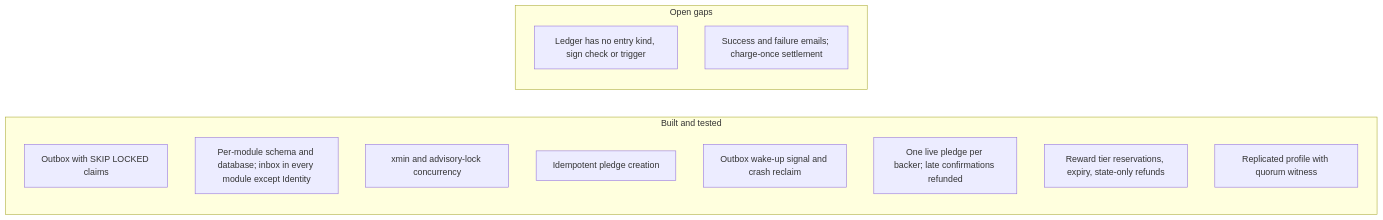
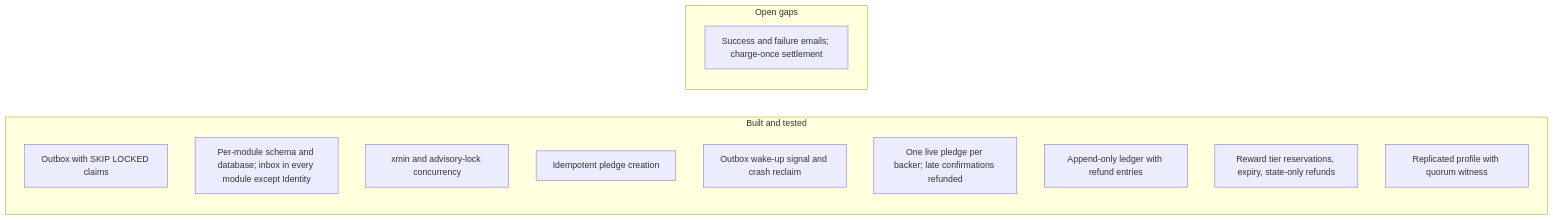
Before and after one commit to maysamgamini/crowdfundinghub: the fourth of 6 diagrams in README.md, drawn with Mermaid. The commit also changed other lines of this file and 27 other files, not shown here.

First line of the commit message:
feat(campaigns): make the campaign ledger append-only with refund entries, and decide on its exact total

````diff
--- a/README.md
+++ b/README.md
@@ -146,17 +146,17 @@
 ```mermaid
 flowchart LR
     subgraph Built["Built and tested"]
         B1["Outbox with SKIP LOCKED claims"]
         B2["Per-module schema and database; inbox in every module except Identity"]
         B3["xmin and advisory-lock concurrency"]
         B6["Idempotent pledge creation"]
         B7["Outbox wake-up signal and crash reclaim"]
         B8["One live pledge per backer; late confirmations refunded"]
+        B9["Append-only ledger with refund entries"]
         B4["Reward tier reservations, expiry, state-only refunds"]
         B5["Replicated profile with quorum witness"]
     end
     subgraph Open["Open gaps"]
-        O4["Ledger has no entry kind, sign check or trigger"]
         O5["Success and failure emails; charge-once settlement"]
     end
 ```
````
